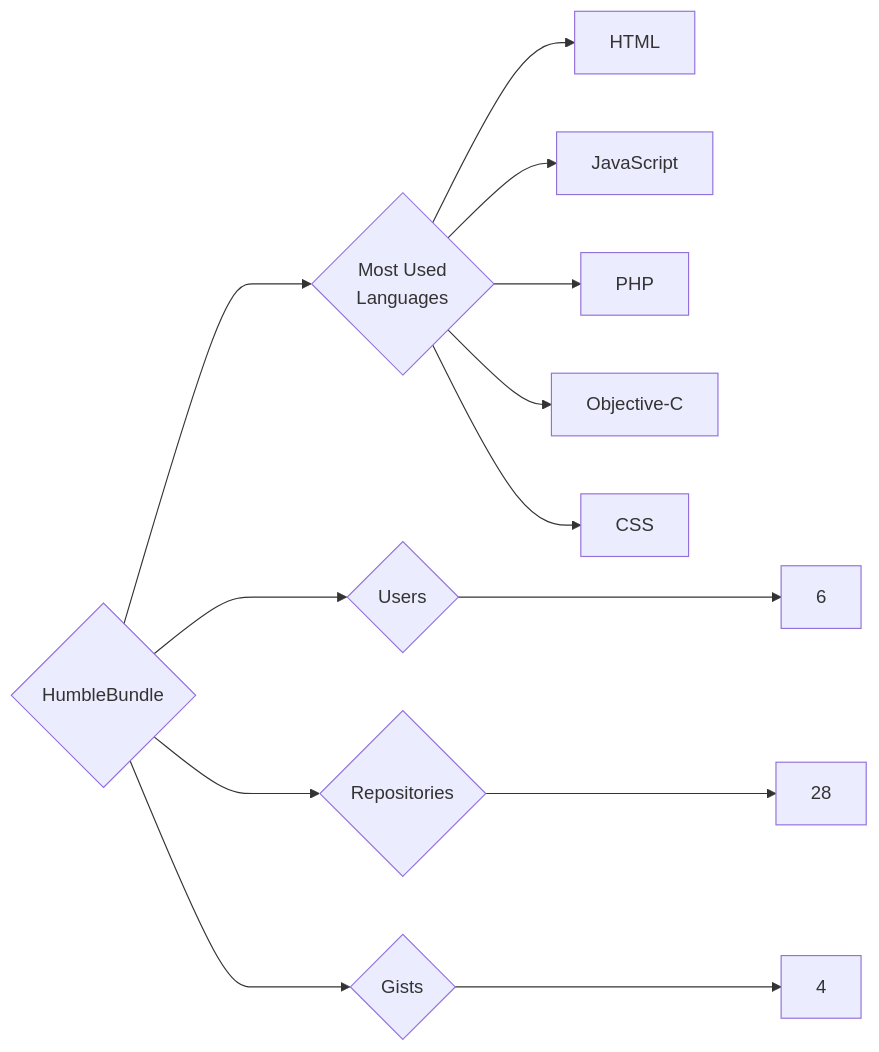
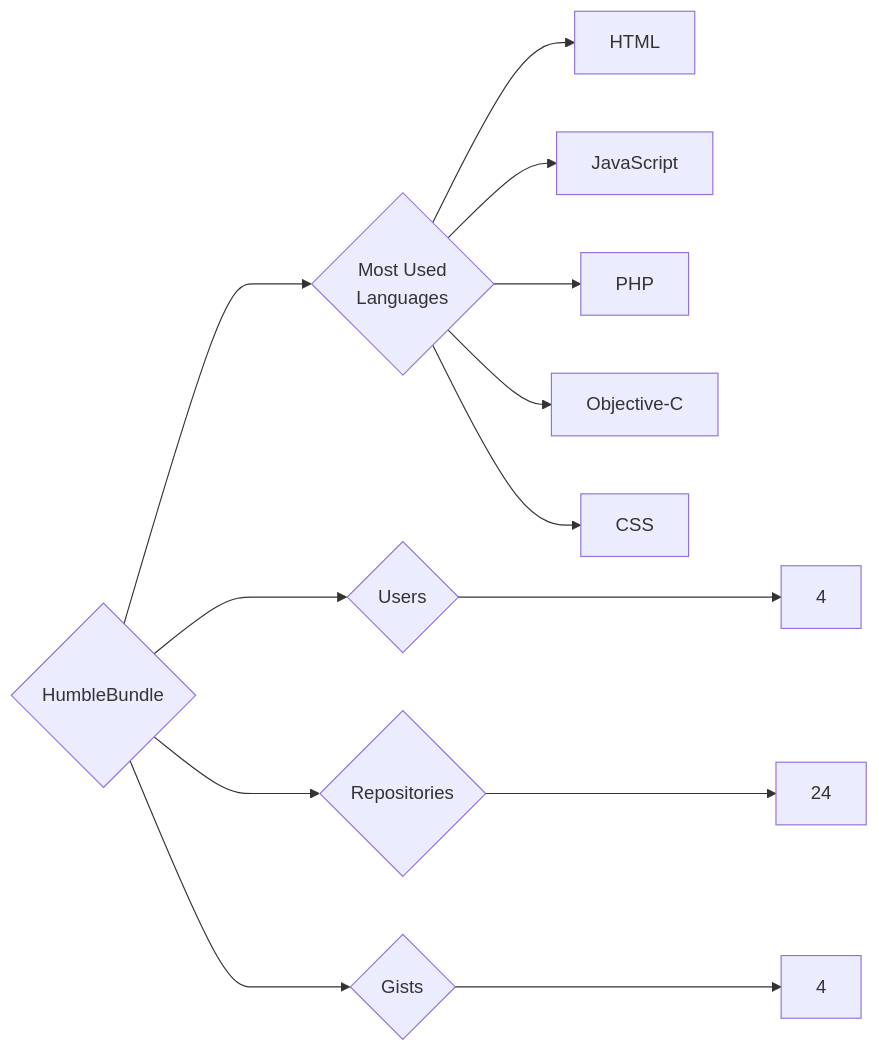
The diagram in targets/HumbleBundle/README.md (trickest/insiders), drawn with Mermaid before and after one commit. The commit also changed 1007 other files, not shown here.

````diff
--- a/targets/HumbleBundle/README.md
+++ b/targets/HumbleBundle/README.md
@@ -3,13 +3,13 @@
 ```mermaid
 graph LR
 COMPANY_NAME{HumbleBundle}
-COMPANY_NAME ---> U{Users} ---> UN[6]
-COMPANY_NAME ---> R{Repositories} ---> RN[28]
+COMPANY_NAME ---> U{Users} ---> UN[4]
+COMPANY_NAME ---> R{Repositories} ---> RN[24]
 COMPANY_NAME ---> G{Gists} ---> GN[4]
 COMPANY_NAME ---> ML{Most Used<br>Languages}
 ML --> HTML[HTML]
 ML --> JavaScript[JavaScript]
 ML --> PHP[PHP]
 ML --> Objective-C[Objective-C]
 ML --> CSS[CSS]
 ```
````
